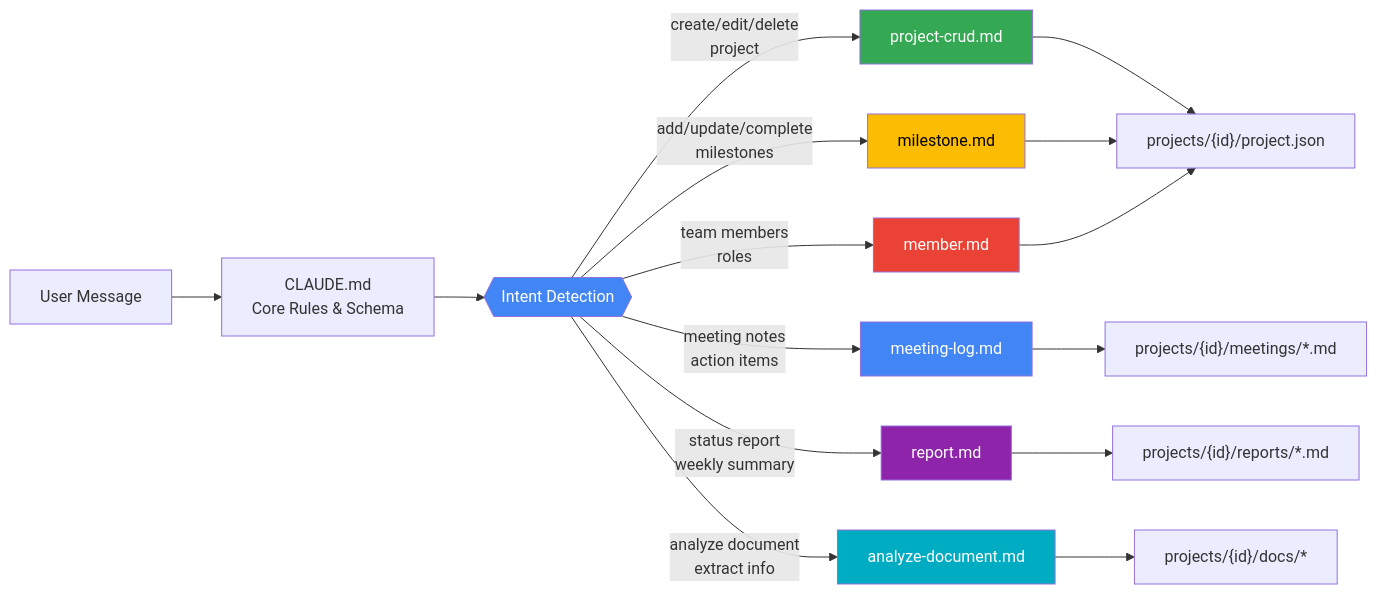
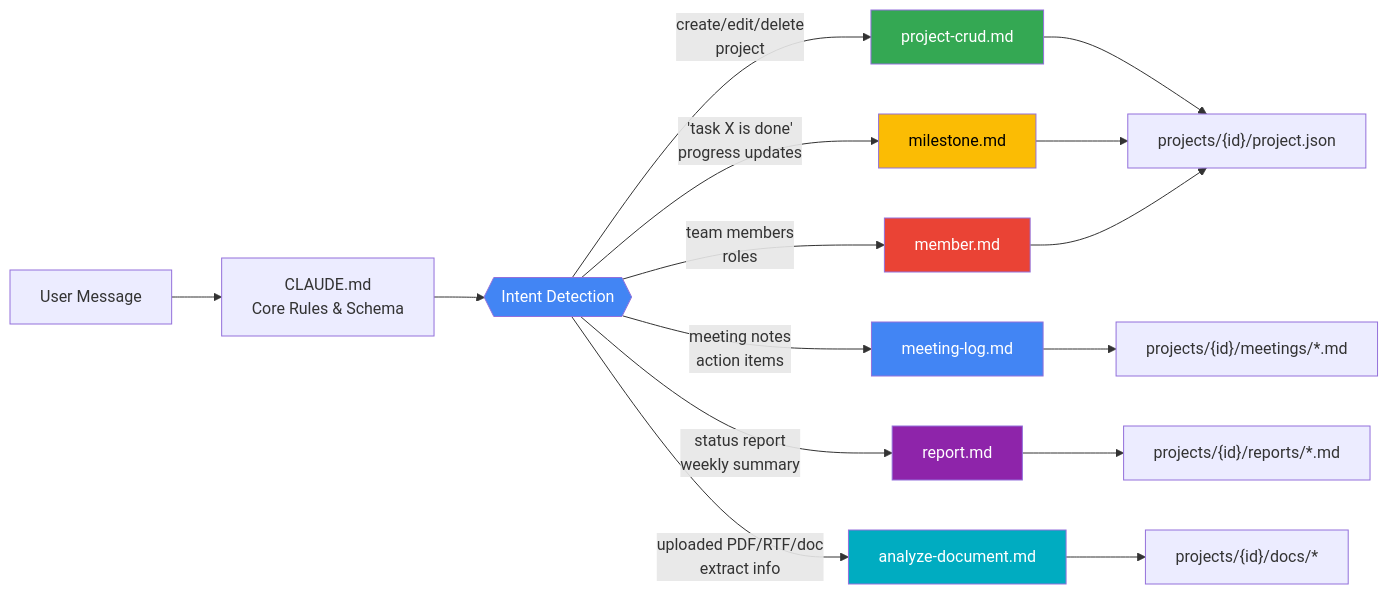
The third of 5 diagrams in README.md (potenlab/project-automation-harness), drawn with Mermaid before and after one commit. The commit also changed other lines of this file and 4 other files, not shown here.

First line of the commit message:
feat: chat-based progress updates, RTF support, updated README

````diff
--- a/README.md
+++ b/README.md
@@ -78,28 +101,28 @@
 ```mermaid
 flowchart LR
     MSG["User Message"] --> CLAUDE["CLAUDE.md<br/>Core Rules & Schema"]
     
     CLAUDE --> ROUTE{{"Intent Detection"}}
     
     ROUTE -->|"create/edit/delete<br/>project"| SK1["project-crud.md"]
     ROUTE -->|"meeting notes<br/>action items"| SK2["meeting-log.md"]
-    ROUTE -->|"add/update/complete<br/>milestones"| SK3["milestone.md"]
+    ROUTE -->|"'task X is done'<br/>progress updates"| SK3["milestone.md"]
     ROUTE -->|"team members<br/>roles"| SK4["member.md"]
     ROUTE -->|"status report<br/>weekly summary"| SK5["report.md"]
-    ROUTE -->|"analyze document<br/>extract info"| SK6["analyze-document.md"]
+    ROUTE -->|"uploaded PDF/RTF/doc<br/>extract info"| SK6["analyze-document.md"]
     
     SK1 --> FS1["projects/{id}/project.json"]
     SK2 --> FS2["projects/{id}/meetings/*.md"]
     SK3 --> FS1
     SK4 --> FS1
     SK5 --> FS3["projects/{id}/reports/*.md"]
     SK6 --> FS4["projects/{id}/docs/*"]
     
     style ROUTE fill:#4285F4,color:#fff
     style SK1 fill:#34A853,color:#fff
     style SK2 fill:#4285F4,color:#fff
     style SK3 fill:#FBBC04,color:#000
     style SK4 fill:#EA4335,color:#fff
     style SK5 fill:#8E24AA,color:#fff
     style SK6 fill:#00ACC1,color:#fff
 ```
````
